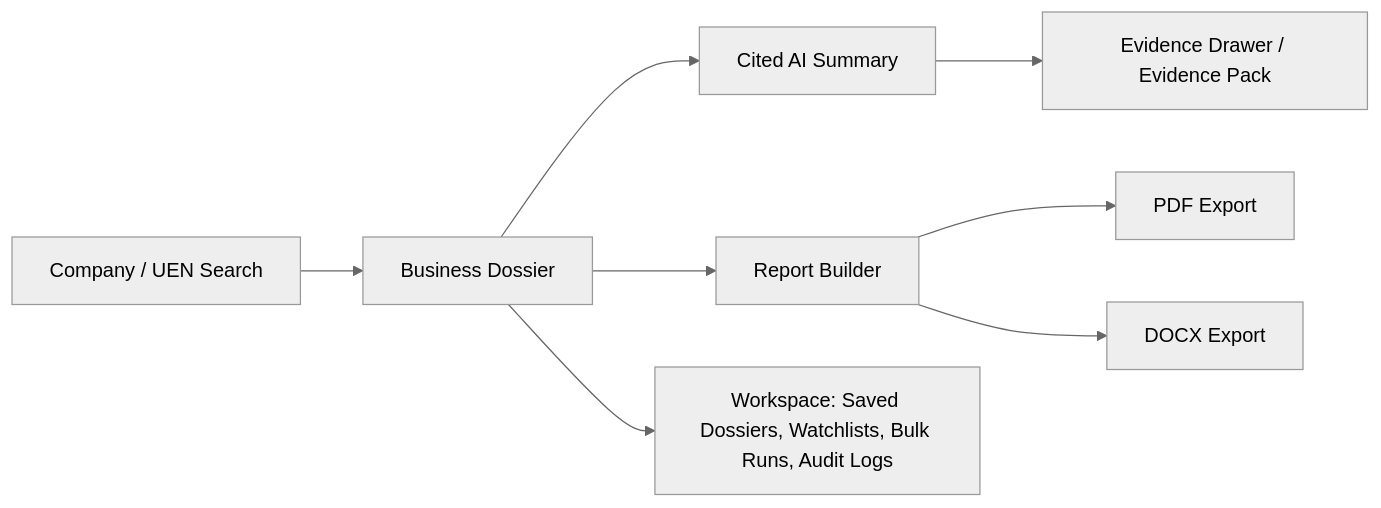
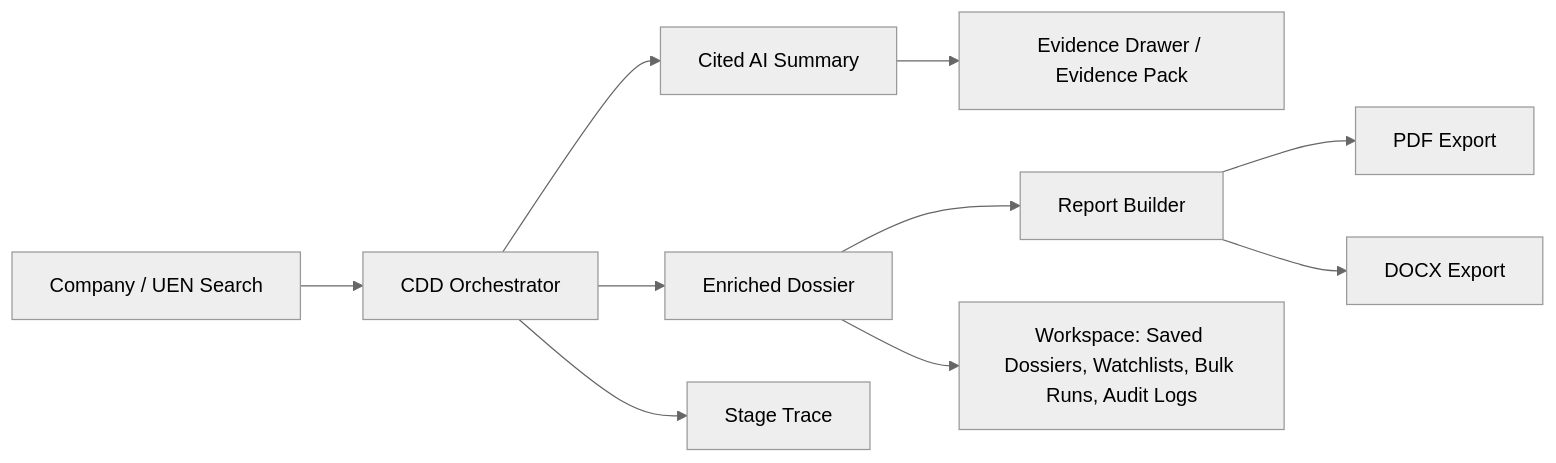
The diagram in docs/architecture.md (gongahkia/poor-cli), drawn with Mermaid (neutral theme) before and after one commit. The commit also changed other lines of this file and 26 other files, not shown here.

````diff
--- a/docs/architecture.md
+++ b/docs/architecture.md
@@ -12,10 +12,12 @@
 ```mermaid
 flowchart LR
-  Search["Company / UEN Search"] --> Dossier["Business Dossier"]
-  Dossier --> Memo["Cited AI Summary"]
+  Search["Company / UEN Search"] --> Orchestrator["CDD Orchestrator"]
+  Orchestrator --> Dossier["Enriched Dossier"]
+  Orchestrator --> Memo["Cited AI Summary"]
+  Orchestrator --> Trace["Stage Trace"]
   Memo --> Evidence["Evidence Drawer / Evidence Pack"]
   Dossier --> Builder["Report Builder"]
   Builder --> PDF["PDF Export"]
   Builder --> DOCX["DOCX Export"]
   Dossier --> Workspace["Workspace: Saved Dossiers, Watchlists, Bulk Runs, Audit Logs"]
 ```
````
